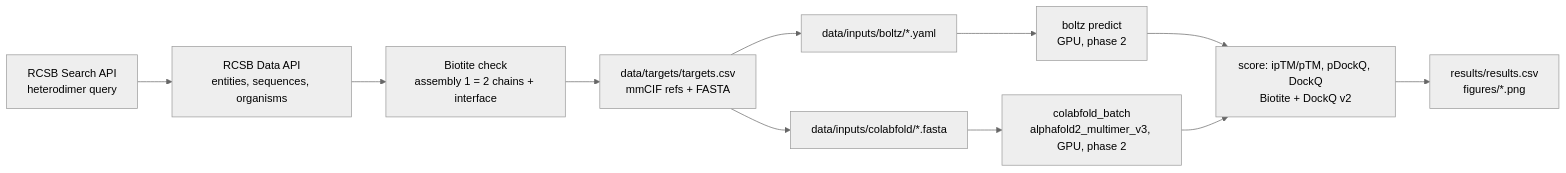
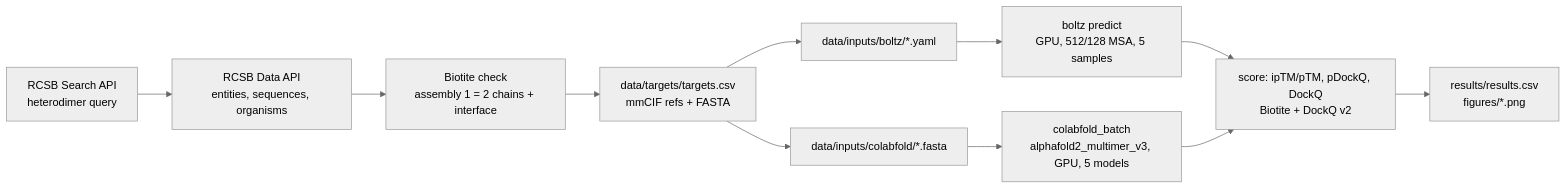
Before and after one commit to o-shovkoplias/cofold-bench: the diagram in README.md, drawn with Mermaid (neutral theme). The commit also changed other lines of this file and 11 other files, not shown here.

Commit message:
Results: Boltz-2 vs AF2-Multimer on 22 post-cutoff heterodimers (median DockQ 0.83 vs 0.80, Wilcoxon p=0.16); report generator; MSA-depth side comparison; figures; README results/hardware/limitations

````diff
--- a/README.md
+++ b/README.md
@@ -36,13 +65,13 @@
 ```mermaid
 flowchart LR
   A[RCSB Search API<br/>heterodimer query] --> B[RCSB Data API<br/>entities, sequences, organisms]
   B --> C[Biotite check<br/>assembly 1 = 2 chains + interface]
   C --> D[data/targets/targets.csv<br/>mmCIF refs + FASTA]
   D --> E1[data/inputs/boltz/*.yaml]
   D --> E2[data/inputs/colabfold/*.fasta]
-  E1 --> F1[boltz predict<br/>GPU, phase 2]
-  E2 --> F2[colabfold_batch<br/>alphafold2_multimer_v3, GPU, phase 2]
+  E1 --> F1[boltz predict<br/>GPU, 512/128 MSA, 5 samples]
+  E2 --> F2[colabfold_batch<br/>alphafold2_multimer_v3, GPU, 5 models]
   F1 --> G[score: ipTM/pTM, pDockQ, DockQ<br/>Biotite + DockQ v2]
   F2 --> G
   G --> H[results/results.csv<br/>figures/*.png]
 ```
````
